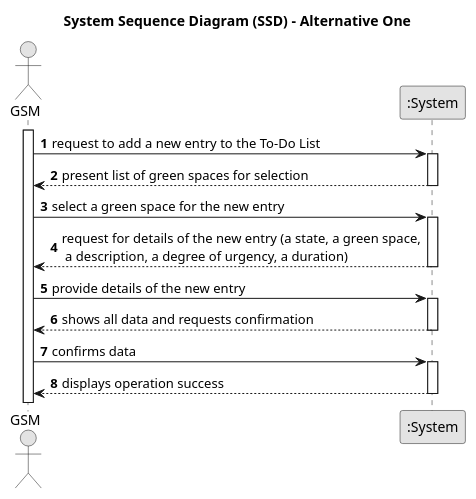
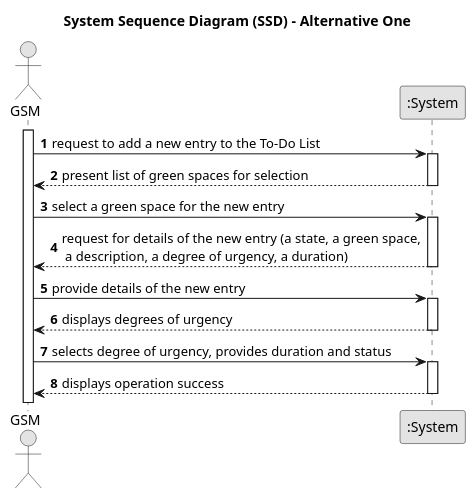
The diagram in docs/sprintC/us021/01.requirements-engineering/puml/us021-sequence_diagram.puml (rpedros02/lei-24-s2-1DL-g08), drawn with PlantUML before and after one commit. The commit also changed 12 other files, not shown here.

```diff
--- a/docs/sprintC/us021/01.requirements-engineering/puml/us021-sequence_diagram.puml
+++ b/docs/sprintC/us021/01.requirements-engineering/puml/us021-sequence_diagram.puml
@@ -1,39 +1,39 @@
 @startuml
 skinparam monochrome true
 skinparam packageStyle rectangle
 skinparam shadowing false
 
 title System Sequence Diagram (SSD) - Alternative One
 
 autonumber
 
 actor "GSM" as Employee
 participant ":System" as System
 
 activate Employee
 
     Employee -> System : request to add a new entry to the To-Do List
     activate System
 
         System --> Employee : present list of green spaces for selection
     deactivate System
 
     Employee -> System : select a green space for the new entry
     activate System
 
         System --> Employee : request for details of the new entry (a state, a green space,\n a description, a degree of urgency, a duration)
     deactivate System
 
     Employee -> System : provide details of the new entry
     activate System
 
-        System --> Employee : shows all data and requests confirmation
+        System --> Employee : displays degrees of urgency
     deactivate System
 
-    Employee -> System : confirms data
+    Employee -> System : selects degree of urgency, provides duration and status
         activate System
 
         System --> Employee : displays operation success
     deactivate System
 
 @enduml
```
